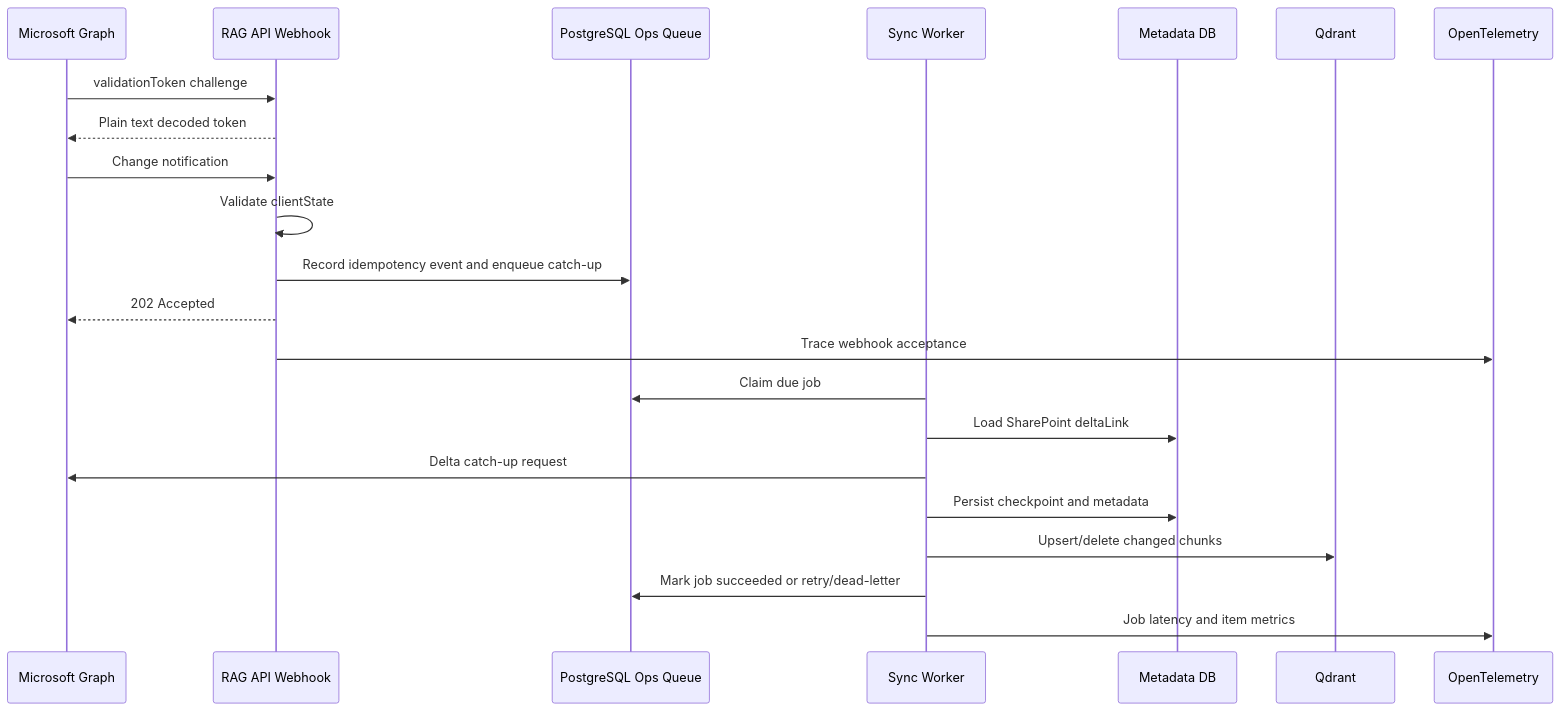
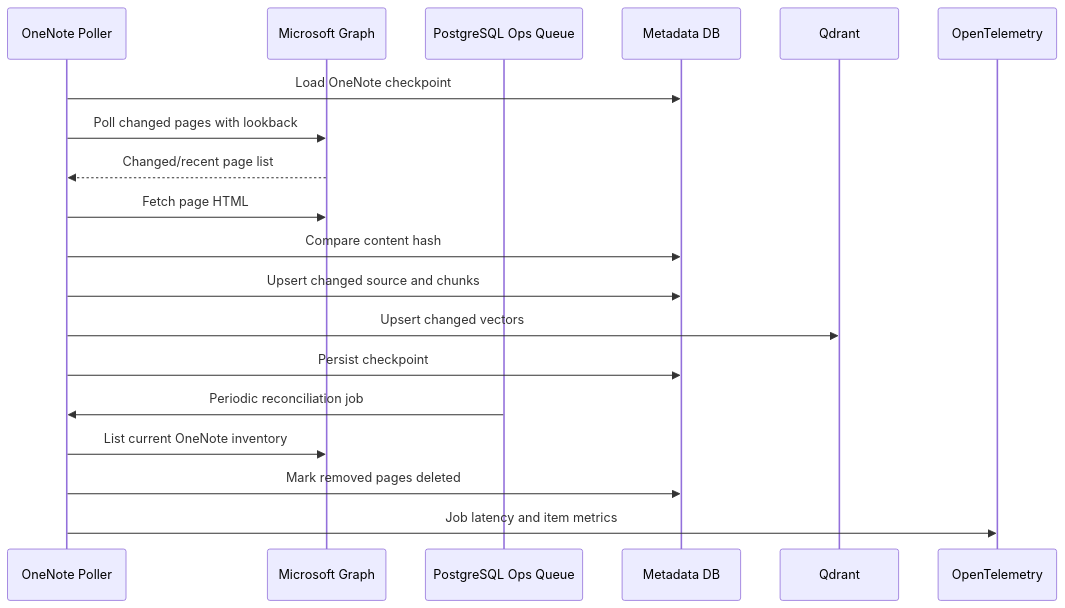
One commit to mstoyanov7/company-knowledge-cloud-rag changed the diagram in docs/diagrams/operations-sequence.md. Above: the diagram before and after it, drawn with Mermaid. The commit also changed 76 other files, not shown here.

````diff
--- a/docs/diagrams/operations-sequence.md
+++ b/docs/diagrams/operations-sequence.md
@@ -3,25 +3,22 @@
 ```mermaid
 sequenceDiagram
+    participant Worker as OneNote Poller
     participant Graph as Microsoft Graph
-    participant API as RAG API Webhook
     participant Queue as PostgreSQL Ops Queue
-    participant Worker as Sync Worker
     participant Metadata as Metadata DB
     participant Vector as Qdrant
     participant OTel as OpenTelemetry
 
-    Graph->>API: validationToken challenge
-    API-->>Graph: Plain text decoded token
-    Graph->>API: Change notification
-    API->>API: Validate clientState
-    API->>Queue: Record idempotency event and enqueue catch-up
-    API-->>Graph: 202 Accepted
-    API->>OTel: Trace webhook acceptance
-    Worker->>Queue: Claim due job
-    Worker->>Metadata: Load SharePoint deltaLink
-    Worker->>Graph: Delta catch-up request
-    Worker->>Metadata: Persist checkpoint and metadata
-    Worker->>Vector: Upsert/delete changed chunks
-    Worker->>Queue: Mark job succeeded or retry/dead-letter
+    Worker->>Metadata: Load OneNote checkpoint
+    Worker->>Graph: Poll changed pages with lookback
+    Graph-->>Worker: Changed/recent page list
+    Worker->>Graph: Fetch page HTML
+    Worker->>Metadata: Compare content hash
+    Worker->>Metadata: Upsert changed source and chunks
+    Worker->>Vector: Upsert changed vectors
+    Worker->>Metadata: Persist checkpoint
+    Queue->>Worker: Periodic reconciliation job
+    Worker->>Graph: List current OneNote inventory
+    Worker->>Metadata: Mark removed pages deleted
     Worker->>OTel: Job latency and item metrics
 ```
````
